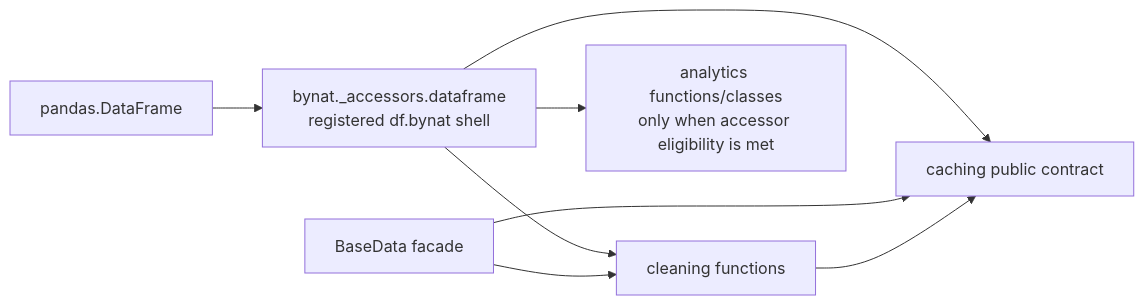
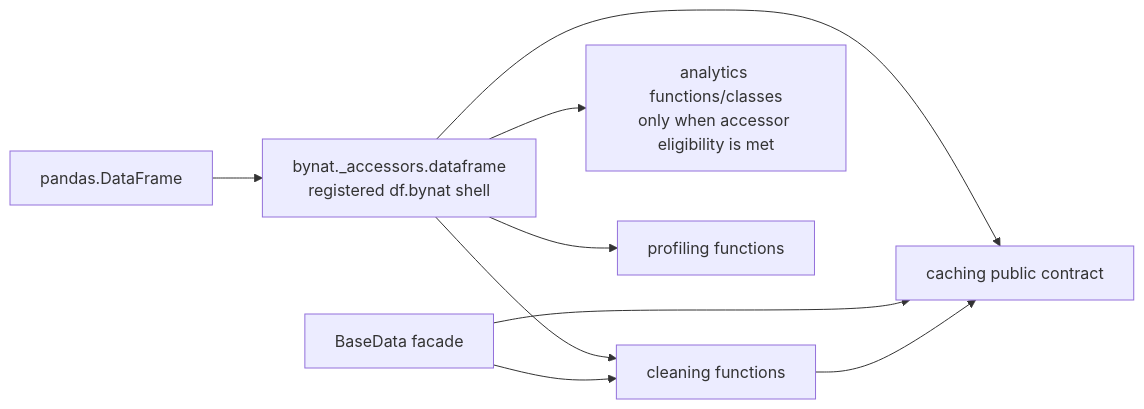
Before and after one commit to bynat-lab/bynat: the third of 3 diagrams in docs/ARCHITECTURE_RESEARCH.md, drawn with Mermaid. The commit also changed other lines of this file and 1 other file, not shown here.

First line of the commit message:
Add architecture refactoring plan for bynat

````diff
--- a/docs/ARCHITECTURE_RESEARCH.md
+++ b/docs/ARCHITECTURE_RESEARCH.md
@@ -495,10 +609,11 @@
 ```mermaid
 flowchart LR
     DF["pandas.DataFrame"] --> A["bynat._accessors.dataframe<br/>registered df.bynat shell"]
     A --> C["cleaning functions"]
     A --> N["analytics functions/classes<br/>only when accessor eligibility is met"]
+    A --> P["profiling functions"]
     A --> K["caching public contract"]
     B["BaseData facade"] --> C
     B --> K
     C --> K
 ```
````
